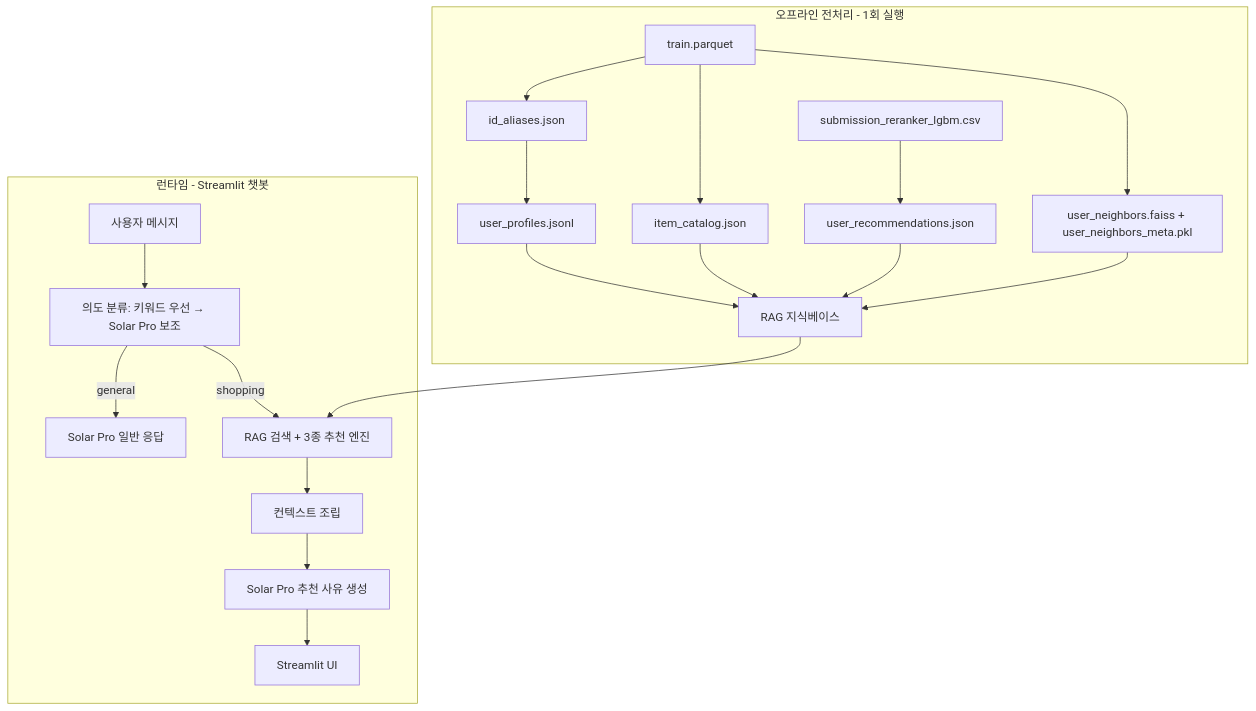
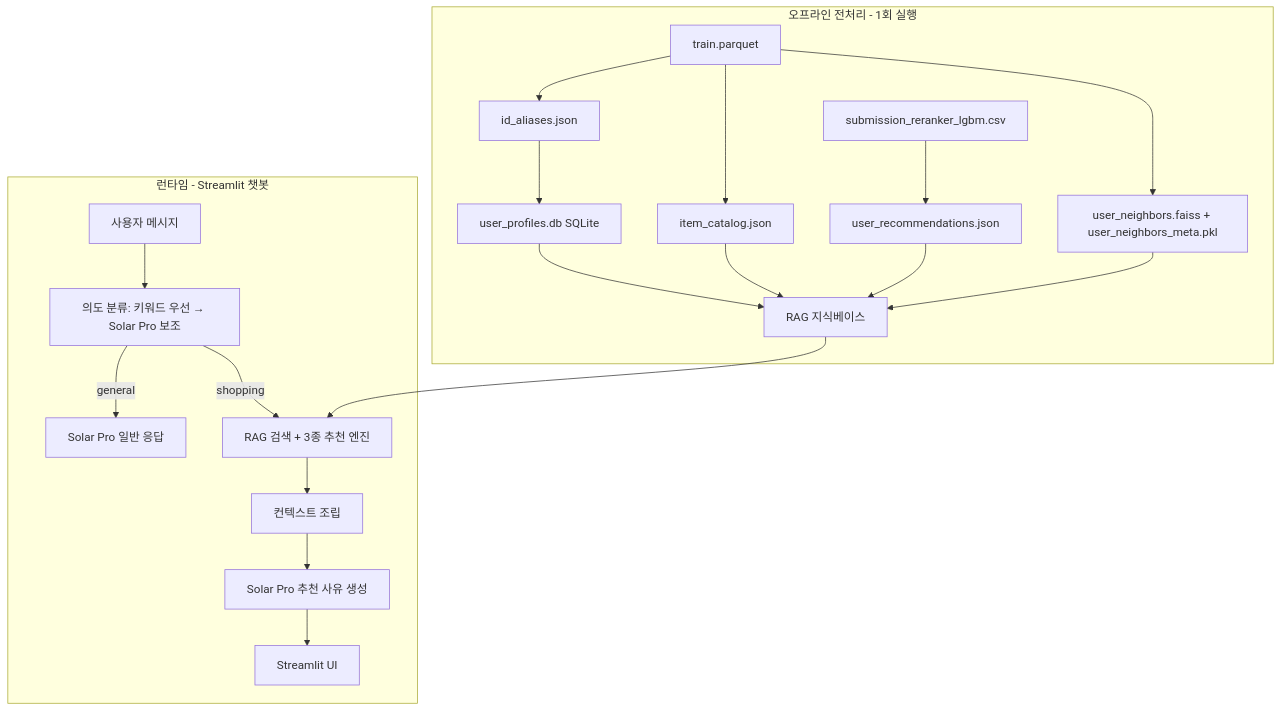
The first of 2 diagrams in docs/LLM_Based_EC_RecSys_MVP.md (WanYoung-Oh/recsys), drawn with Mermaid before and after one commit. The commit also changed other lines of this file, not shown here.

````diff
--- a/docs/LLM_Based_EC_RecSys_MVP.md
+++ b/docs/LLM_Based_EC_RecSys_MVP.md
@@ -27,28 +27,28 @@
 ```mermaid
 flowchart TB
   subgraph offline [오프라인 전처리 - 1회 실행]
     train[train.parquet]
     sub[submission_reranker_lgbm.csv]
     train --> aliasMap[id_aliases.json]
-    aliasMap --> profiles[user_profiles.jsonl]
+    aliasMap --> profiles[user_profiles.db SQLite]
     train --> items[item_catalog.json]
     train --> simIndex[user_neighbors.faiss + user_neighbors_meta.pkl]
     sub --> recIndex[user_recommendations.json]
     profiles --> ragStore[RAG 지식베이스]
     items --> ragStore
     recIndex --> ragStore
     simIndex --> ragStore
   end
 
   subgraph runtime [런타임 - Streamlit 챗봇]
     user[사용자 메시지]
     user --> router[의도 분류: 키워드 우선 → Solar Pro 보조]
     router -->|general| solarChat[Solar Pro 일반 응답]
     router -->|shopping| retriever[RAG 검색 + 3종 추천 엔진]
     retriever --> context[컨텍스트 조립]
     context --> solarRec[Solar Pro 추천 사유 생성]
     solarRec --> ui[Streamlit UI]
   end
 
   ragStore --> retriever
 ```
````
